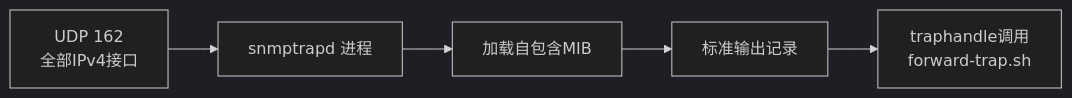
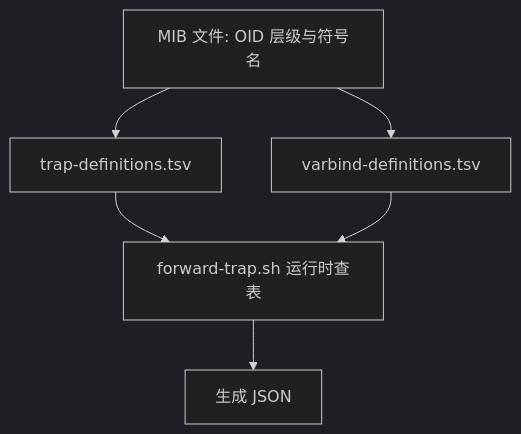
Before and after one commit to seki999/DialogueFlow_GitHub_OnLine: the diagram in slides/snmp-trap-demo-course/06.md, drawn with Mermaid (dark theme). The commit also changed other lines of this file and 56 other files, not shown here.

````diff
--- a/slides/snmp-trap-demo-course/06.md
+++ b/slides/snmp-trap-demo-course/06.md
@@ -5,7 +5,8 @@
 ```mermaid
-flowchart LR
-    U[UDP 162<br/>全部IPv4接口] --> N[snmptrapd 进程]
-    N --> M[加载自包含MIB]
-    M --> L[标准输出记录]
-    L --> H[traphandle调用<br/>forward-trap.sh]
+flowchart TD
+    MIB[MIB 文件: OID 层级与符号名] --> Trap[trap-definitions.tsv]
+    MIB --> VB[varbind-definitions.tsv]
+    Trap --> Script[forward-trap.sh 运行时查表]
+    VB --> Script
+    Script --> JSON[生成 JSON]
 ```
````
